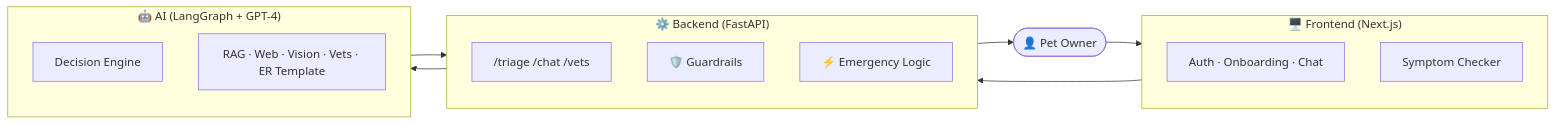
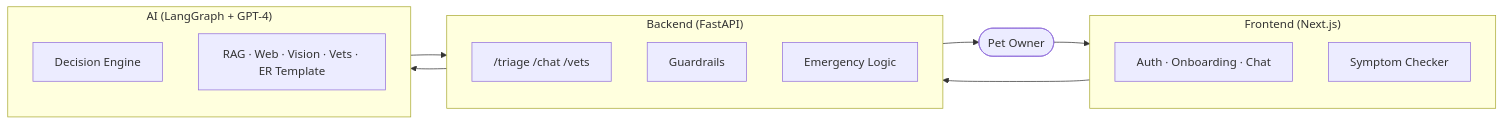
Before and after one commit to sjagannathan17/Fuzzy-Friend: the diagram in README.md, drawn with Mermaid. The commit also changed other lines of this file, not shown here.

````diff
--- a/README.md
+++ b/README.md
@@ -37,19 +37,19 @@
 ```mermaid
 graph LR
-    User([👤 Pet Owner])
-    subgraph Frontend["🖥️ Frontend (Next.js)"]
+    User([Pet Owner])
+    subgraph Frontend["Frontend (Next.js)"]
         Pages["Auth · Onboarding · Chat"]
         Chatbot["Symptom Checker"]
     end
-    subgraph Backend["⚙️ Backend (FastAPI)"]
+    subgraph Backend["Backend (FastAPI)"]
         API["/triage /chat /vets"]
-        Guards["🛡️ Guardrails"]
-        Logic["⚡ Emergency Logic"]
+        Guards["Guardrails"]
+        Logic["Emergency Logic"]
     end
-    subgraph AI["🤖 AI (LangGraph + GPT-4)"]
+    subgraph AI["AI (LangGraph + GPT-4)"]
         Agent["Decision Engine"]
         Tools["RAG · Web · Vision · Vets · ER Template"]
     end
     User --> Frontend --> Backend --> AI
     AI --> Backend --> User
 ```
````
